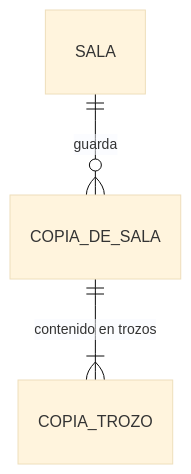
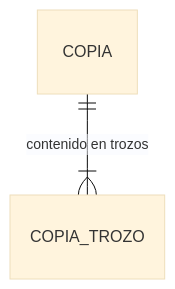
The second of 2 diagrams in aidlc/spaces/default/intents/261024-publicar-reto-nube/construction/u6-cloudflare-resultados/functional-design/functional-spec.md (statistical-engineering/iest-sem-reto-desinformacion-colegios), drawn with Mermaid (base theme) before and after one commit. The commit also changed other lines of this file and 114 other files, not shown here.

````diff
--- a/aidlc/spaces/default/intents/261024-publicar-reto-nube/construction/u6-cloudflare-resultados/functional-design/functional-spec.md
+++ b/aidlc/spaces/default/intents/261024-publicar-reto-nube/construction/u6-cloudflare-resultados/functional-design/functional-spec.md
@@ -100,5 +173,4 @@
 ```mermaid
 erDiagram
-  SALA ||--o{ COPIA_DE_SALA : guarda
-  COPIA_DE_SALA ||--|{ COPIA_TROZO : "contenido en trozos"
+  COPIA ||--|{ COPIA_TROZO : "contenido en trozos"
 ```
````
